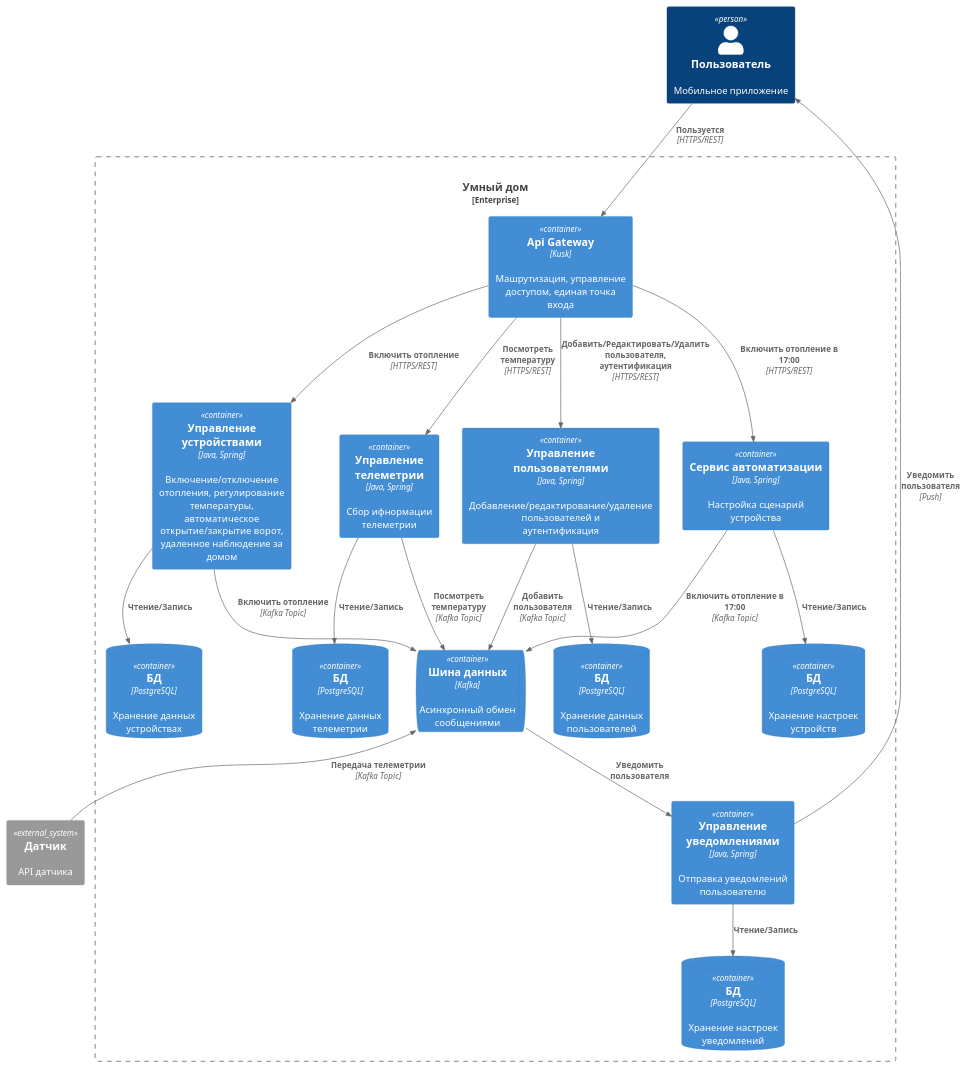
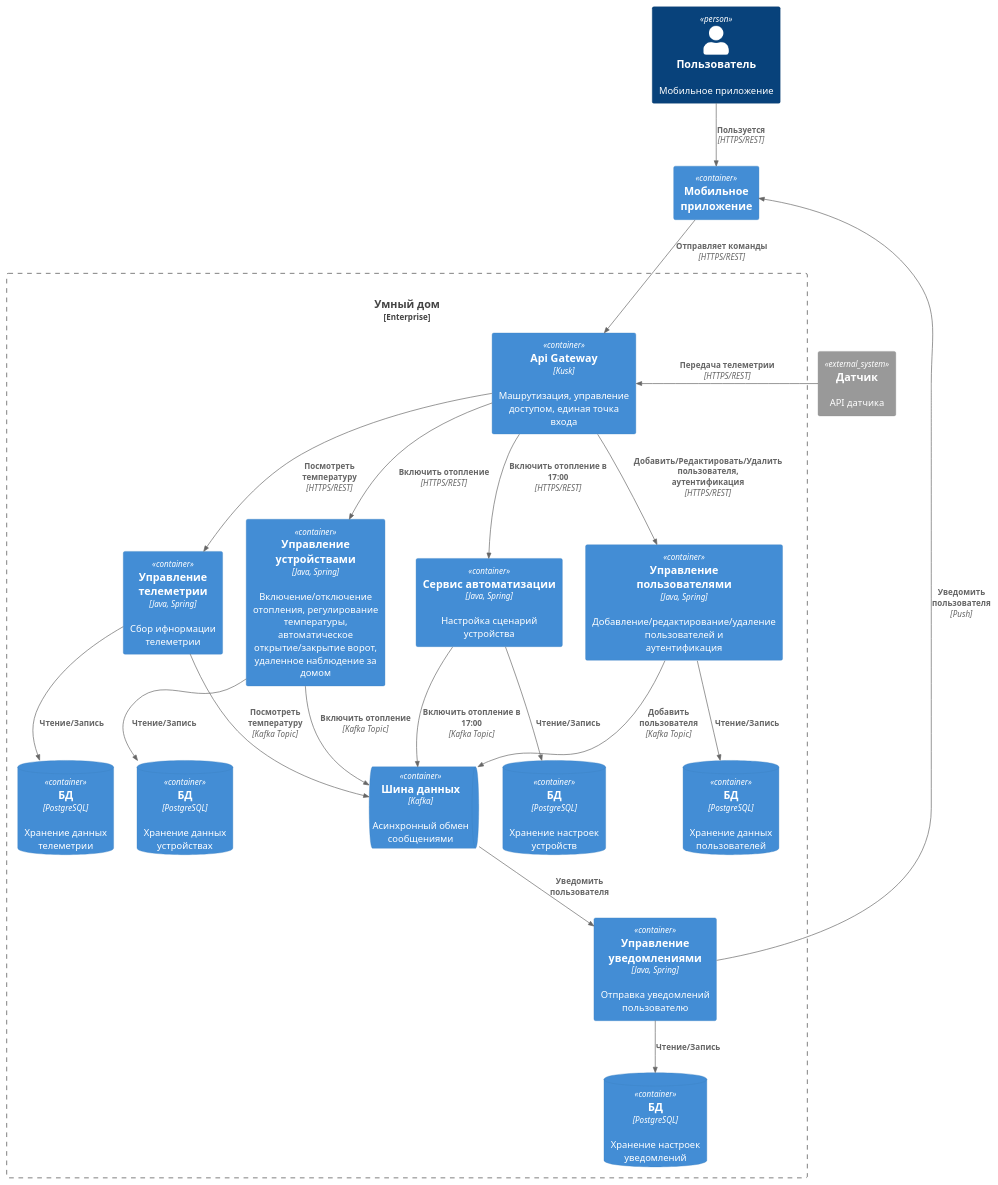
One commit to HichDX/architecture-sprint-3 changed the diagram in diagrams/container_diagrams.puml. Above: the diagram before and after it, drawn with PlantUML. The commit also changed 6 other files, not shown here.

```diff
--- a/diagrams/container_diagrams.puml
+++ b/diagrams/container_diagrams.puml
@@ -1,57 +1,61 @@
 @startuml
 !include https://raw.githubusercontent.com/RicardoNiepel/C4-PlantUML/master/C4_Container.puml
 !include https://raw.githubusercontent.com/plantuml-stdlib/C4-PlantUML/master/C4_Component.puml
 !include https://raw.githubusercontent.com/plantuml-stdlib/C4-PlantUML/master/C4_Context.puml
 
 'LAYOUT_WITH_LEGEND
 
 
 Person(user, "Пользователь", "Мобильное приложение")
+Container(mob_app, "Мобильное приложение")
+
 System_Ext(sensor, "Датчик", "API датчика")
 
 Enterprise_Boundary(e1, "Умный дом"){
 
 Container(api_gateway, "Api Gateway", "Kusk", "Машрутизация, управление доступом, единая точка входа")
 Container(control_device, "Управление устройствами", "Java, Spring", "Включение/отключение отопления, регулирование температуры, автоматическое открытие/закрытие ворот, удаленное наблюдение за домом")
 Container(view_temp, "Управление телеметрии", "Java, Spring", "Сбор ифнормации телеметрии")
 Container(users, "Управление пользователями", "Java, Spring", "Добавление/редактирование/удаление пользователей и аутентификация")
 Container(settings_device, "Сервис автоматизации", "Java, Spring", "Настройка сценарий устройства")
 Container(notification, "Управление уведомлениями", "Java, Spring", "Отправка уведомлений пользователю")
 
 
 ContainerDb(device_DB, "БД", "PostgreSQL", "Хранение данных устройствах")
 ContainerDb(temp_DB, "БД", "PostgreSQL", "Хранение данных телеметрии")
 ContainerDb(users_DB, "БД", "PostgreSQL", "Хранение данных пользователей")
 ContainerDb(settings_device_db, "БД", "PostgreSQL", "Хранение настроек устройств")
 ContainerDb(notification_DB, "БД", "PostgreSQL", "Хранение настроек уведомлений")
 
 ContainerQueue(Kafka, "Шина данных", "Kafka", "Асинхронный обмен сообщениями")
 
-Rel(user, api_gateway, "Пользуется", "HTTPS/REST")
+
+Rel(user, mob_app, "Пользуется", "HTTPS/REST")
+Rel(mob_app, api_gateway, "Отправляет команды", "HTTPS/REST")
 
 
 Rel(api_gateway, control_device, "Включить отопление", "HTTPS/REST")
 Rel(control_device, device_DB, "Чтение/Запись")
 
 Rel(api_gateway, view_temp,"Посмотреть температуру", "HTTPS/REST")
 Rel(view_temp, temp_DB, "Чтение/Запись")
 
 Rel(api_gateway, users, "Добавить/Редактировать/Удалить пользователя, аутентификация", "HTTPS/REST")
 Rel(users, users_DB, "Чтение/Запись")
 
 Rel(api_gateway, settings_device, "Включить отопление в 17:00", "HTTPS/REST")
 Rel(settings_device, settings_device_db, "Чтение/Запись")
 
 Rel(control_device, Kafka, "Включить отопление", "Kafka Topic")
 Rel(view_temp, Kafka, "Посмотреть температуру", "Kafka Topic")
 Rel(users, Kafka, "Добавить пользователя", "Kafka Topic")
 Rel(settings_device, Kafka, "Включить отопление в 17:00", "Kafka Topic")
 Rel(Kafka, notification, "Уведомить пользователя")
-Rel_U(notification, user, "Уведомить пользователя", "Push")
+Rel_U(notification, mob_app, "Уведомить пользователя", "Push")
 
 Rel(notification, notification_DB, "Чтение/Запись")
 
-Rel_U(sensor, Kafka, "Передача телеметрии", "Kafka Topic")
+Rel_R(sensor, api_gateway, "Передача телеметрии", "HTTPS/REST")
 
 }
 @enduml
```
